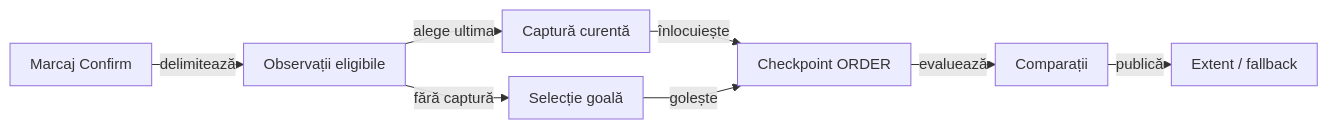
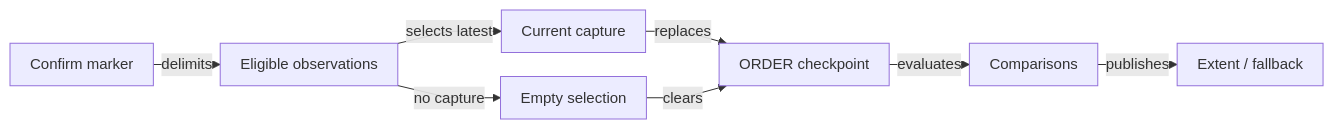
Before and after one commit to crististefanita/atf_j0: the tenth of 13 diagrams in atf-test-practice-shop/README.md, drawn with Mermaid. The commit also changed other lines of this file and 113 other files, not shown here.

````diff
--- a/atf-test-practice-shop/README.md
+++ b/atf-test-practice-shop/README.md
@@ -1051,11 +1168,11 @@
 ```mermaid
 %%{init: {"themeVariables":{"fontSize":"15px"},"themeCSS":".nodeLabel, .nodeLabel p { font-size: 15px !important; line-height: 1.35 !important; } .edgeLabel, .edgeLabel p { font-size: 12px !important; font-weight: 400 !important; line-height: 1.2 !important; } .edgeLabel .labelBkg, .edgeLabel p { background: transparent !important; } .edgeLabel foreignObject { transform: translateY(-18px); overflow: visible; } .node rect { rx: 6px; ry: 6px; }","flowchart":{"curve":"linear","nodeSpacing":24,"rankSpacing":16,"padding":10,"diagramPadding":16}}}%%
 flowchart LR
-    Fence["Marcaj Confirm"] -->|delimitează| Window["Observații eligibile"]
-    Window -->|alege ultima| Capture["Captură curentă"]
-    Window -->|fără captură| Empty["Selecție goală"]
-    Capture -->|înlocuiește| Selection["Checkpoint ORDER"]
-    Empty -->|golește| Selection
-    Selection -->|evaluează| Checks["Comparații"]
-    Checks -->|publică| Report["Extent / fallback"]
+    Fence["Confirm marker"] -->|delimits| Window["Eligible observations"]
+    Window -->|selects latest| Capture["Current capture"]
+    Window -->|no capture| Empty["Empty selection"]
+    Capture -->|replaces| Selection["ORDER checkpoint"]
+    Empty -->|clears| Selection
+    Selection -->|evaluates| Checks["Comparisons"]
+    Checks -->|publishes| Report["Extent / fallback"]
 ```
````
